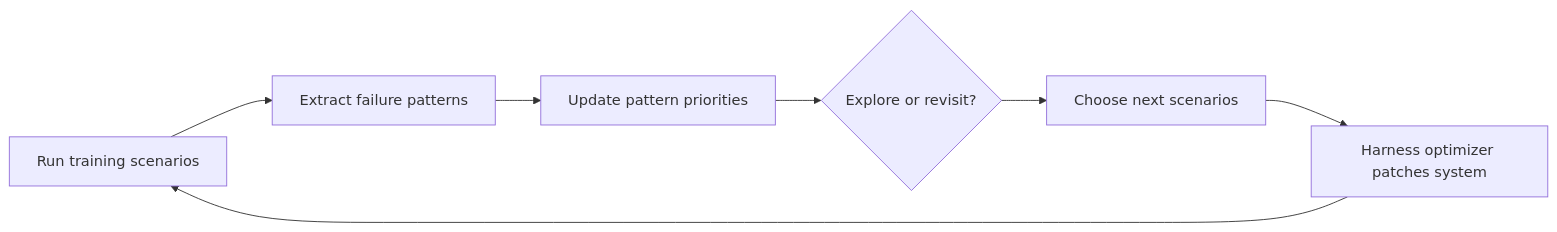
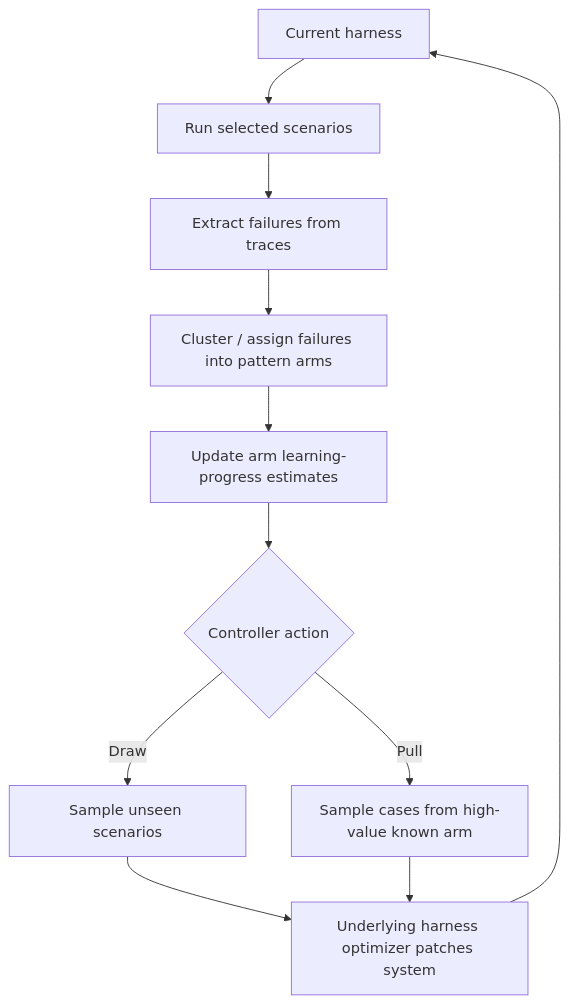
Before and after one commit to ShadowKingYT444/harness-papers-daily: the diagram in _analyses/2610.00906.md, drawn with Mermaid. The commit also changed other lines of this file and 37 other files, not shown here.

````diff
--- a/_analyses/2610.00906.md
+++ b/_analyses/2610.00906.md
@@ -21,9 +47,13 @@
-```mermaid
-flowchart LR
-    A[Run training scenarios] --> B[Extract failure patterns]
-    B --> C[Update pattern priorities]
-    C --> D{Explore or revisit?}
-    D --> E[Choose next scenarios]
-    E --> F[Harness optimizer patches system]
-    F --> A
-```
+~~~mermaid
+flowchart TD
+    A["Current harness"] --> B["Run selected scenarios"]
+    B --> C["Extract failures from traces"]
+    C --> D["Cluster / assign failures into pattern arms"]
+    D --> E["Update arm learning-progress estimates"]
+    E --> F{"Controller action"}
+    F -->|Draw| G["Sample unseen scenarios"]
+    F -->|Pull| H["Sample cases from high-value known arm"]
+    G --> I["Underlying harness optimizer patches system"]
+    H --> I
+    I --> A
+~~~
````
